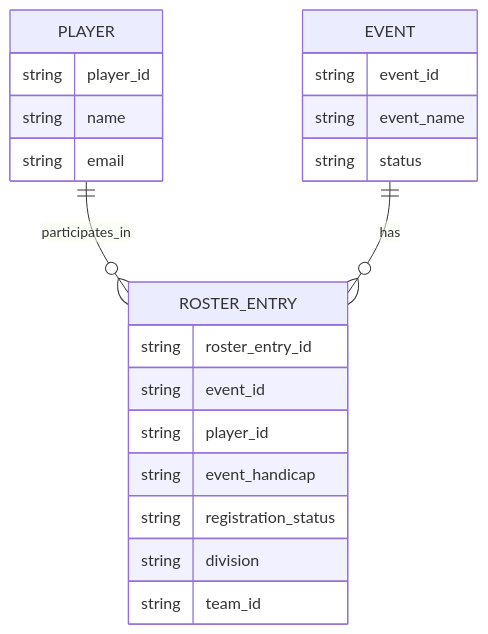
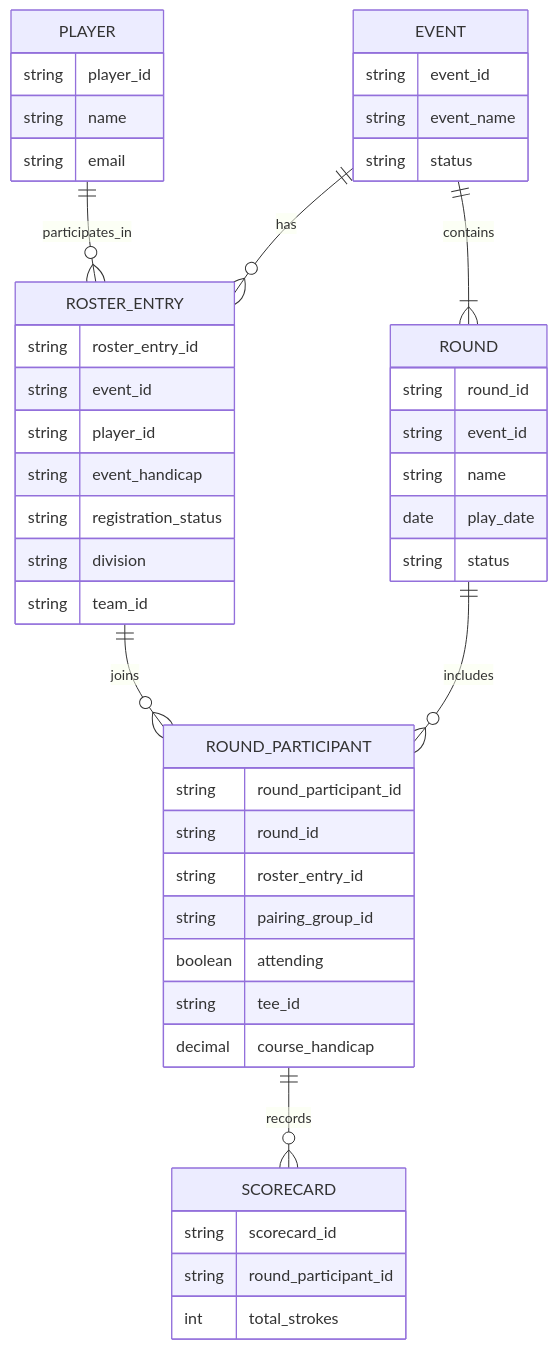
Before and after one commit to erichshan/golf-genius: the third of 6 diagrams in docs/design/data-model.md, drawn with Mermaid. The commit also changed other lines of this file and 9 other files, not shown here.

````diff
--- a/docs/design/data-model.md
+++ b/docs/design/data-model.md
@@ -59,27 +202,55 @@
 ```mermaid
 erDiagram
     PLAYER ||--o{ ROSTER_ENTRY : participates_in
-    EVENT  ||--o{ ROSTER_ENTRY : has
+    EVENT ||--o{ ROSTER_ENTRY : has
+    EVENT ||--|{ ROUND : contains
+    ROSTER_ENTRY ||--o{ ROUND_PARTICIPANT : joins
+    ROUND ||--o{ ROUND_PARTICIPANT : includes
+    ROUND_PARTICIPANT ||--o{ SCORECARD : records
 
     PLAYER {
       string player_id
       string name
       string email
     }
 
     EVENT {
       string event_id
       string event_name
       string status
     }
 
+    ROUND {
+      string round_id
+      string event_id
+      string name
+      date play_date
+      string status
+    }
+
     ROSTER_ENTRY {
       string roster_entry_id
       string event_id
       string player_id
       string event_handicap
       string registration_status
       string division
       string team_id
     }
+
+    ROUND_PARTICIPANT {
+      string round_participant_id
+      string round_id
+      string roster_entry_id
+      string pairing_group_id
+      boolean attending
+      string tee_id
+      decimal course_handicap
+    }
+
+    SCORECARD {
+      string scorecard_id
+      string round_participant_id
+      int total_strokes
+    }
 ```
````
